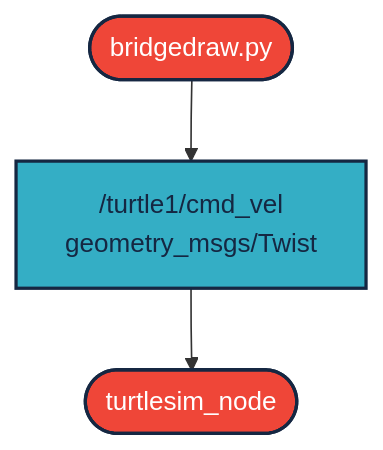
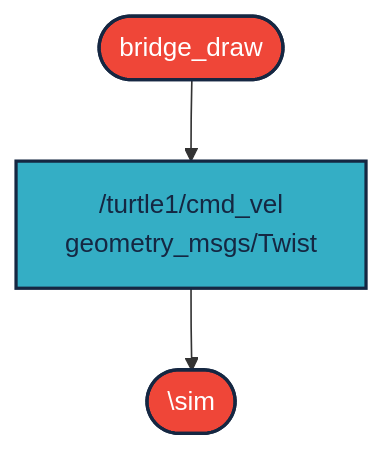
One commit to MaloschikPeti/mal_giu_projektem changed the diagram in README.md. Above: the diagram before and after it, drawn with Mermaid.

Commit message:
Update README.md
graph szerkesztése

````diff
--- a/README.md
+++ b/README.md
@@ -44,12 +44,12 @@
 ```mermaid
 flowchart TD
 
-U([bridgedraw.py]):::red -->  CMD[ /turtle1/cmd_vel<br/>geometry_msgs/Twist]:::light --> S([turtlesim_node]):::red
+U([bridge_draw]):::red -->  CMD[ /turtle1/cmd_vel<br/>geometry_msgs/Twist]:::light --> S([\sim]):::red
 
 classDef light fill:#34aec5,stroke:#152742,stroke-width:2px,color:#152742  
 classDef dark fill:#152742,stroke:#34aec5,stroke-width:2px,color:#34aec5
 classDef white fill:#ffffff,stroke:#152742,stroke-width:2px,color:#152742
 classDef red fill:#ef4638,stroke:#152742,stroke-width:2px,color:#fff
 
 
 ```
````
